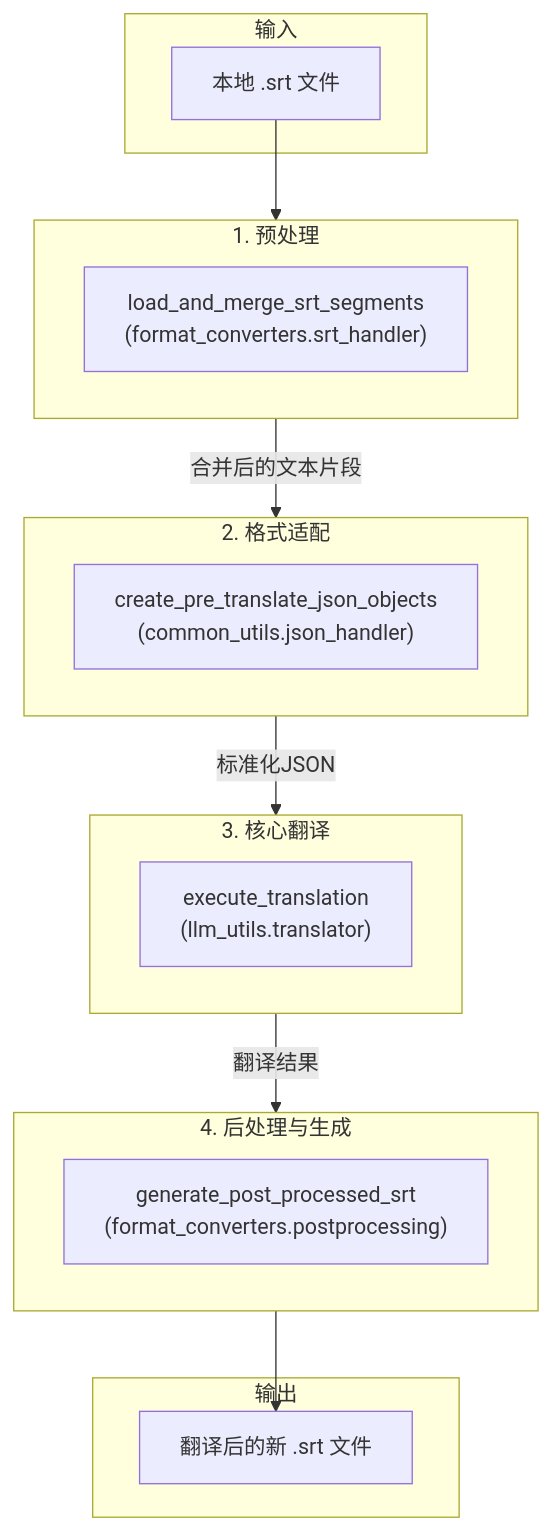
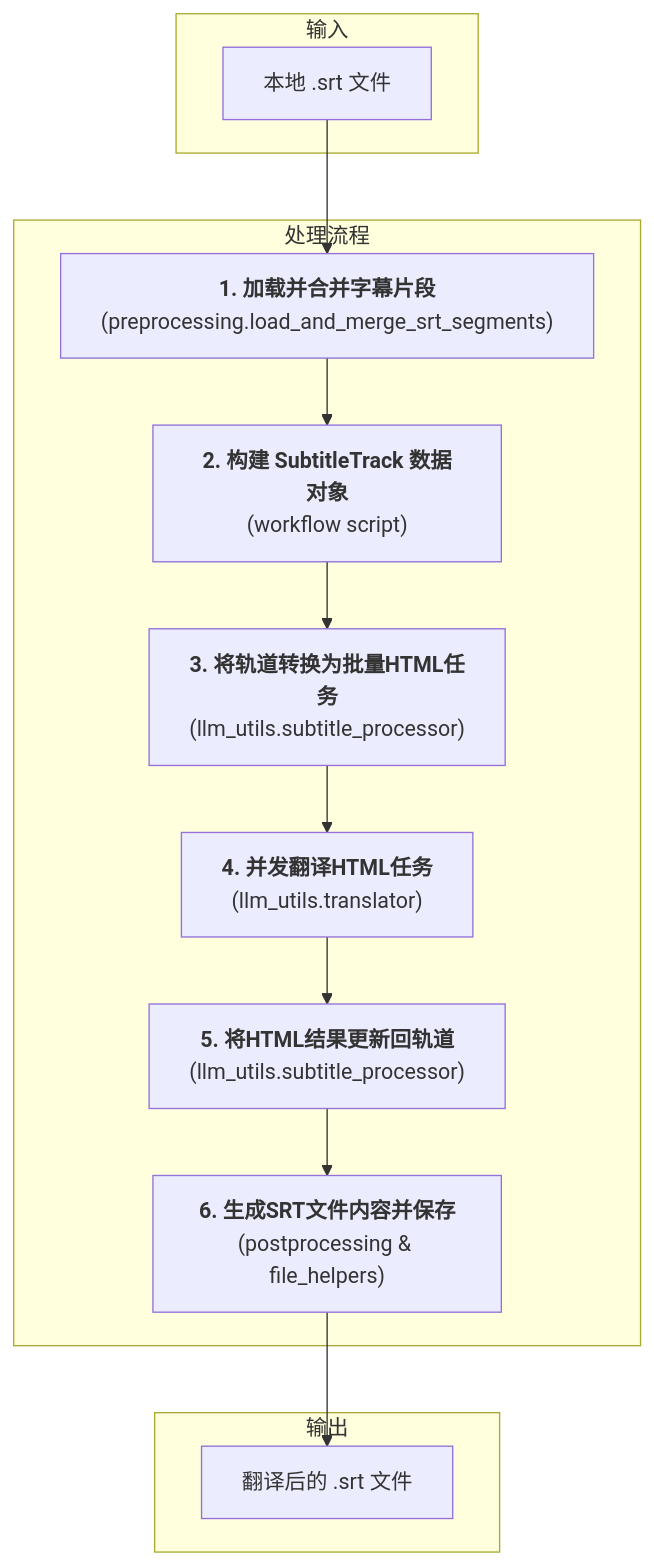
Before and after one commit to kuniyao/MultiMediaGenAI: the diagram in docs/02_workflow_file_translation.md, drawn with Mermaid. The commit also changed other lines of this file and 3 other files, not shown here.

````diff
--- a/docs/02_workflow_file_translation.md
+++ b/docs/02_workflow_file_translation.md
@@ -14,32 +15,21 @@
 ```mermaid
 graph TD;
     subgraph Input [输入]
         A[本地 .srt 文件]
     end
 
-    subgraph Preprocessing [1. 预处理]
-        direction LR
-        B1["load_and_merge_srt_segments<br>(format_converters.srt_handler)"]
-    end
-
-    subgraph Adaption [2. 格式适配]
-        direction LR
-        C1["create_pre_translate_json_objects<br>(common_utils.json_handler)"]
-    end
-    
-    subgraph Translation [3. 核心翻译]
-        direction LR
-        D1["execute_translation<br>(llm_utils.translator)"]
-    end
-
-    subgraph Postprocessing [4. 后处理与生成]
-        direction LR
-        E1["generate_post_processed_srt<br>(format_converters.postprocessing)"]
+    subgraph Processing [处理流程]
+        B["<b>1. 加载并合并字幕片段</b><br>(preprocessing.load_and_merge_srt_segments)"]
+        C["<b>2. 构建 SubtitleTrack 数据对象</b><br>(workflow script)"]
+        D["<b>3. 将轨道转换为批量HTML任务</b><br>(llm_utils.subtitle_processor)"]
+        E["<b>4. 并发翻译HTML任务</b><br>(llm_utils.translator)"]
+        F["<b>5. 将HTML结果更新回轨道</b><br>(llm_utils.subtitle_processor)"]
+        G["<b>6. 生成SRT文件内容并保存</b><br>(postprocessing & file_helpers)"]
     end
 
     subgraph Output [输出]
-        F[翻译后的新 .srt 文件]
+        H[翻译后的 .srt 文件]
     end
 
-    A --> B1 -- 合并后的文本片段 --> C1 -- 标准化JSON --> D1 -- 翻译结果 --> E1 --> F;
+    A --> B --> C --> D --> E --> F --> G --> H;
 ```
````
